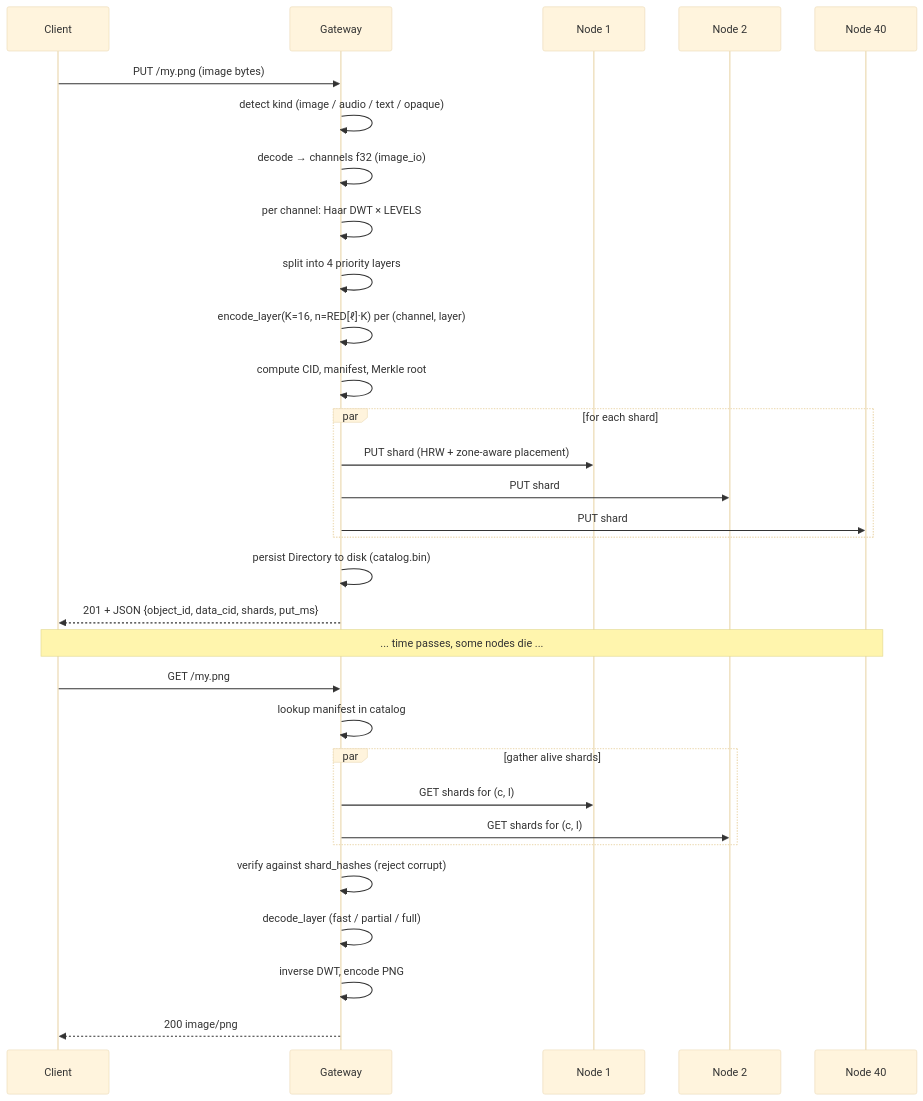
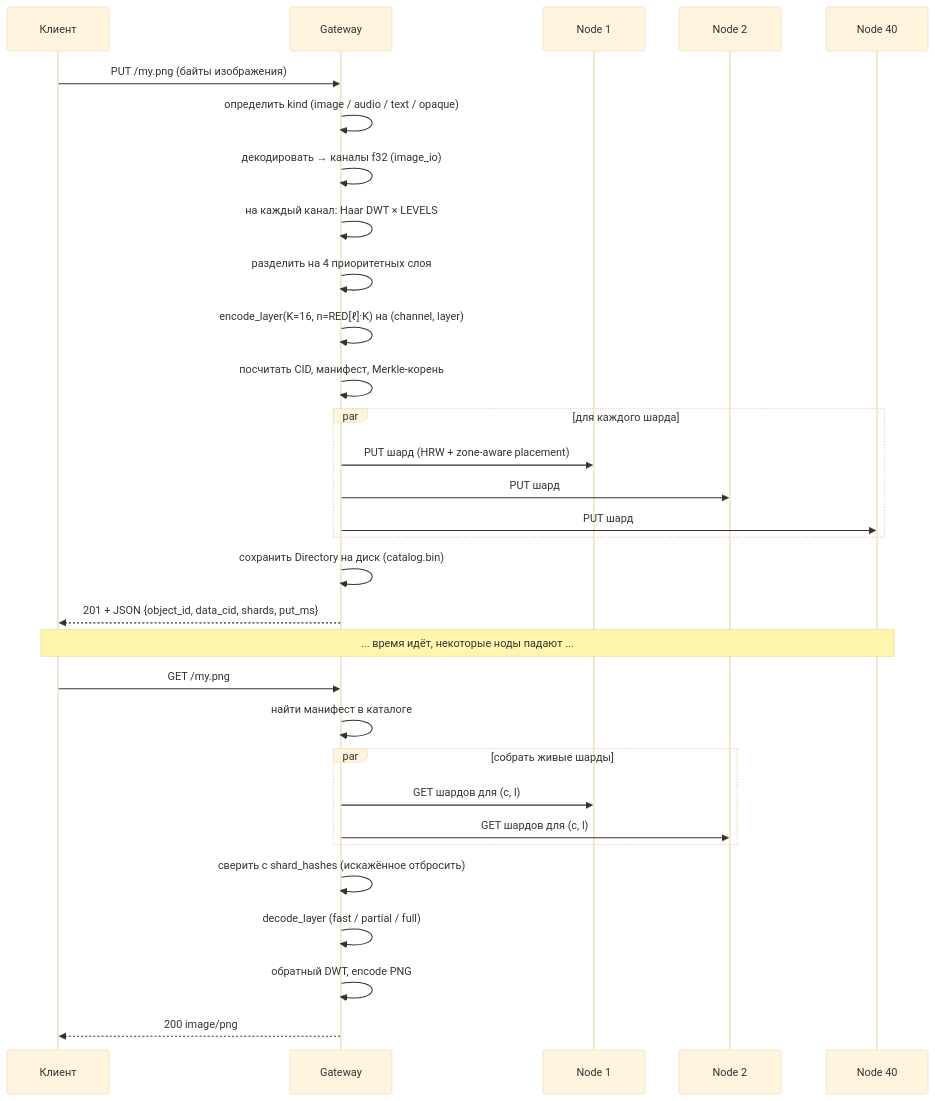
The fifth of 5 diagrams in docs/ru/architecture.md (rmorenko/holofs), drawn with Mermaid (base theme) before and after one commit. The commit also changed other lines of this file and 3 other files, not shown here.

First line of the commit message:
docs: retranslate ru/{README,threat-model,architecture,theory}.md against 1.0.0 canon

````diff
--- a/docs/ru/architecture.md
+++ b/docs/ru/architecture.md
@@ -145,36 +259,36 @@
 ```mermaid
 sequenceDiagram
-    participant C as Client
+    participant C as Клиент
     participant GW as Gateway
     participant N1 as Node 1
     participant N2 as Node 2
     participant N40 as Node 40
 
-    C->>GW: PUT /my.png (image bytes)
-    GW->>GW: detect kind (image / audio / text / opaque)
-    GW->>GW: decode → channels f32 (image_io)
-    GW->>GW: per channel: Haar DWT × LEVELS
-    GW->>GW: split into 4 priority layers
-    GW->>GW: encode_layer(K=16, n=RED[ℓ]·K) per (channel, layer)
-    GW->>GW: compute CID, manifest, Merkle root
-    par for each shard
-        GW->>N1: PUT shard (HRW + zone-aware placement)
-        GW->>N2: PUT shard
-        GW->>N40: PUT shard
+    C->>GW: PUT /my.png (байты изображения)
+    GW->>GW: определить kind (image / audio / text / opaque)
+    GW->>GW: декодировать → каналы f32 (image_io)
+    GW->>GW: на каждый канал: Haar DWT × LEVELS
+    GW->>GW: разделить на 4 приоритетных слоя
+    GW->>GW: encode_layer(K=16, n=RED[ℓ]·K) на (channel, layer)
+    GW->>GW: посчитать CID, манифест, Merkle-корень
+    par для каждого шарда
+        GW->>N1: PUT шард (HRW + zone-aware placement)
+        GW->>N2: PUT шард
+        GW->>N40: PUT шард
     end
-    GW->>GW: persist Directory to disk (catalog.bin)
+    GW->>GW: сохранить Directory на диск (catalog.bin)
     GW-->>C: 201 + JSON {object_id, data_cid, shards, put_ms}
 
-    Note over C,N40: ... time passes, some nodes die ...
+    Note over C,N40: ... время идёт, некоторые ноды падают ...
 
     C->>GW: GET /my.png
-    GW->>GW: lookup manifest in catalog
-    par gather alive shards
-        GW->>N1: GET shards for (c, l)
-        GW->>N2: GET shards for (c, l)
+    GW->>GW: найти манифест в каталоге
+    par собрать живые шарды
+        GW->>N1: GET шардов для (c, l)
+        GW->>N2: GET шардов для (c, l)
     end
-    GW->>GW: verify against shard_hashes (reject corrupt)
+    GW->>GW: сверить с shard_hashes (искажённое отбросить)
     GW->>GW: decode_layer (fast / partial / full)
-    GW->>GW: inverse DWT, encode PNG
+    GW->>GW: обратный DWT, encode PNG
     GW-->>C: 200 image/png
 ```
````
